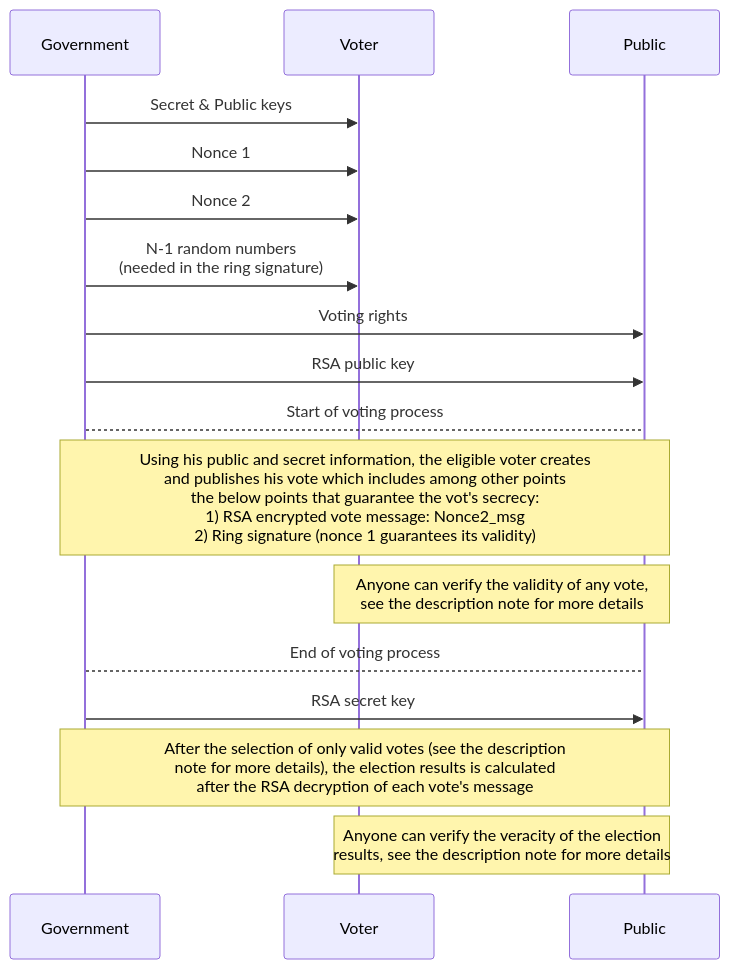
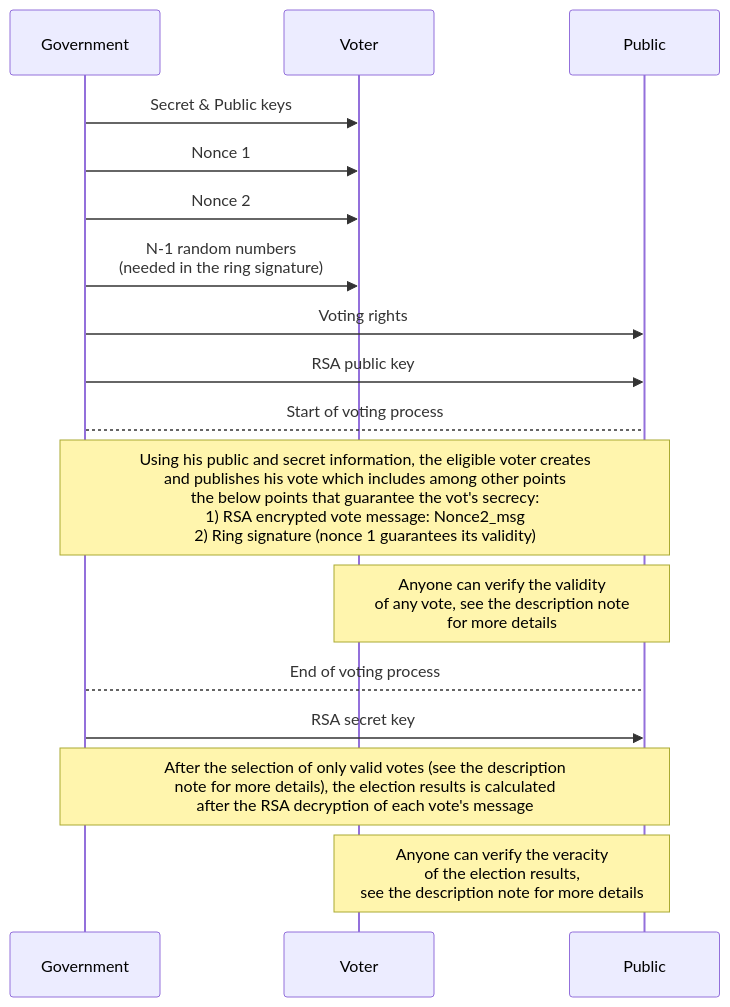
Before and after one commit to GAKht/Public-BCelec: the diagram in README.md, drawn with Mermaid.

Commit message:
Updating README file

````diff
--- a/README.md
+++ b/README.md
@@ -11,19 +11,19 @@
 ```mermaid
 sequenceDiagram
     participant Gvt as Government
     participant V as Voter
     participant P as Public
     Gvt->>V: Secret & Public keys
     Gvt->>V: Nonce 1
     Gvt->>V: Nonce 2
     Gvt->>V: N-1 random numbers <br> (needed in the ring signature)
     Gvt->>P: Voting rights
     Gvt->>P: RSA public key
     Gvt-->P: Start of voting process
     Note over Gvt,P: Using his public and secret information, the eligible voter creates <br>and publishes his vote which includes among other points<br> the below points that guarantee the vot's secrecy: <br> 1) RSA encrypted vote message: Nonce2_msg <br> 2) Ring signature (nonce 1 guarantees its validity)
-    Note over V,P:  Anyone can verify the validity of any vote, <br> see the description note for more details
+    Note over V,P:  Anyone can verify the validity <br> of any vote, see the description note <br> for more details
     Gvt-->P: End of voting process
     Gvt->>P: RSA secret key
     Note over Gvt,P: After the selection of only valid votes (see the description  <br>note  for more details), the election results is calculated  <br>after the RSA decryption of each vote's message 
-    Note over V,P:  Anyone can verify the veracity of the election <br>results, see the description  note  for more details
+    Note over V,P:  Anyone can verify the veracity <br>of the election results, <br>see the description note  for more details
 ```
````
